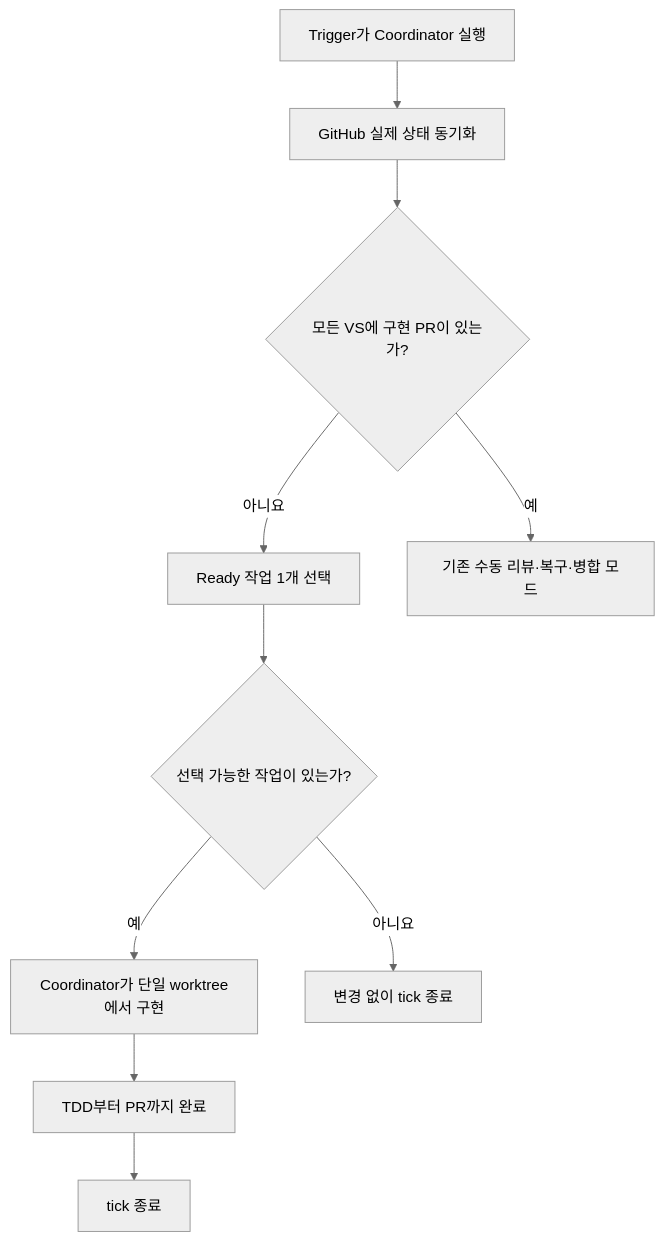
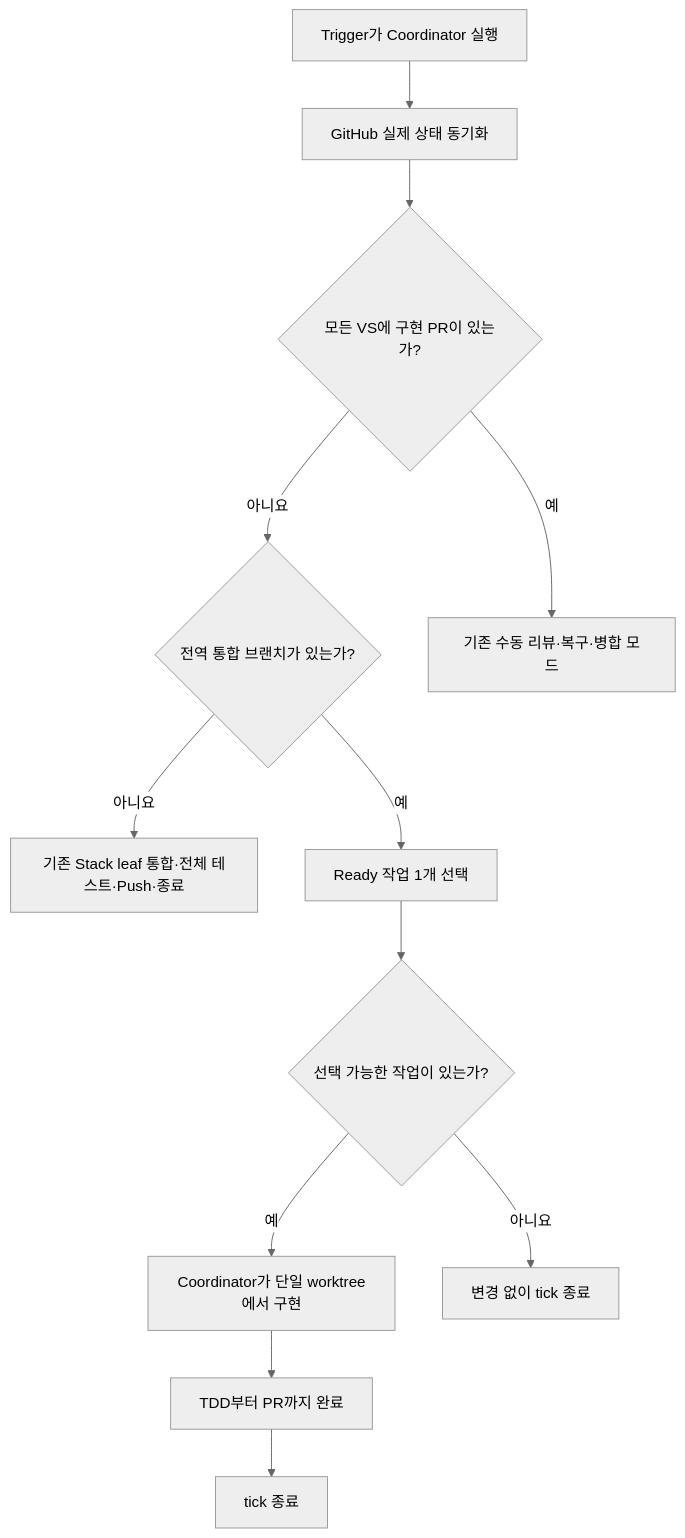
One commit to OpenSeedDev/openseed-be changed the second of 6 diagrams in docs/workflow/AGENT_WORKFLOW_GUIDE.md. Above: the diagram before and after it, drawn with Mermaid (neutral theme). The commit also changed other lines of this file and 13 other files, not shown here.

````diff
--- a/docs/workflow/AGENT_WORKFLOW_GUIDE.md
+++ b/docs/workflow/AGENT_WORKFLOW_GUIDE.md
@@ -109,12 +111,14 @@
 ```mermaid
 flowchart TD
   A["Trigger가 Coordinator 실행"] --> B["GitHub 실제 상태 동기화"]
   B --> C{"모든 VS에 구현 PR이 있는가?"}
-  C -- "아니요" --> J["Ready 작업 1개 선택"]
+  C -- "아니요" --> T{"전역 통합 브랜치가 있는가?"}
+  T -- "아니요" --> U["기존 Stack leaf 통합·전체 테스트·Push·종료"]
+  T -- "예" --> J["Ready 작업 1개 선택"]
   J --> K{"선택 가능한 작업이 있는가?"}
   K -- "예" --> L["Coordinator가 단일 worktree에서 구현"]
   L --> M["TDD부터 PR까지 완료"]
   M --> N["tick 종료"]
   K -- "아니요" --> Z["변경 없이 tick 종료"]
   C -- "예" --> R["기존 수동 리뷰·복구·병합 모드"]
 ```
````
